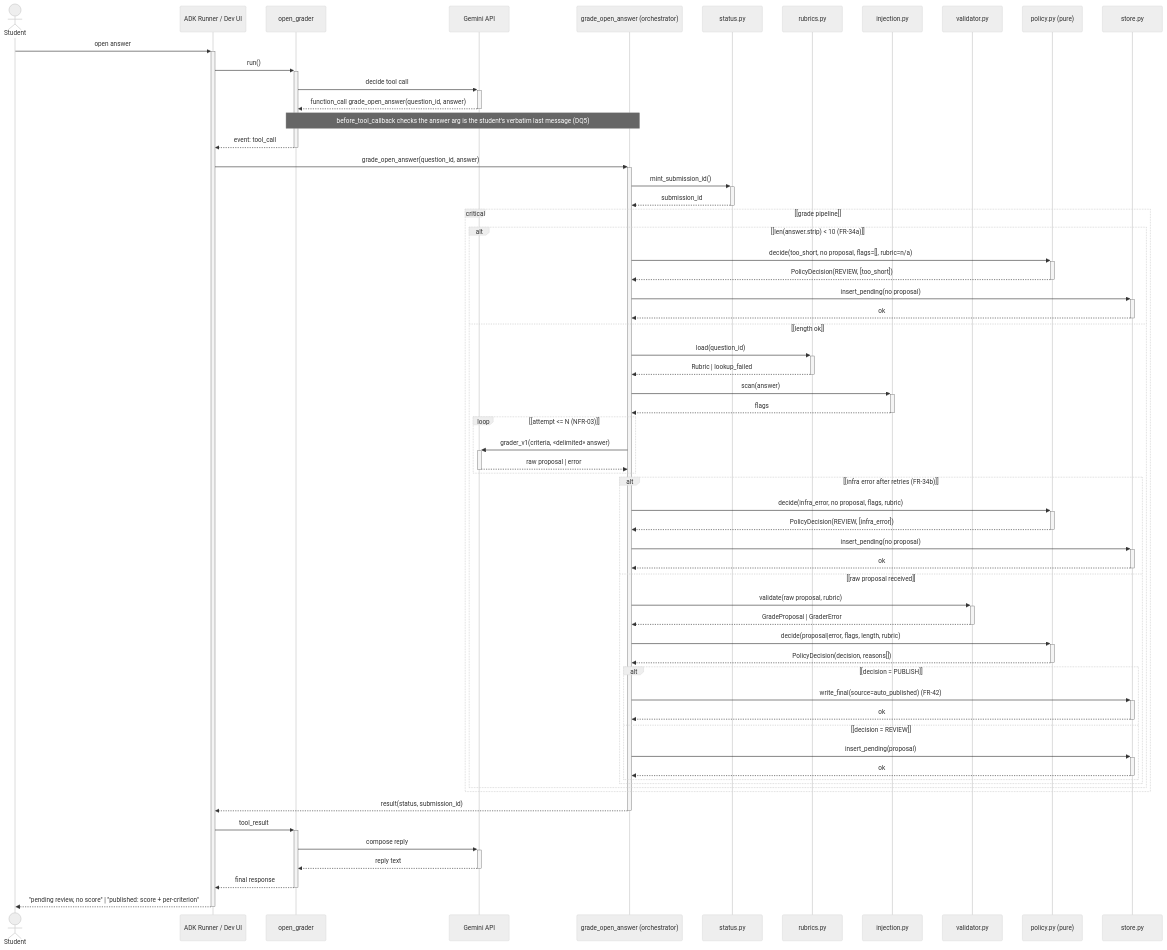
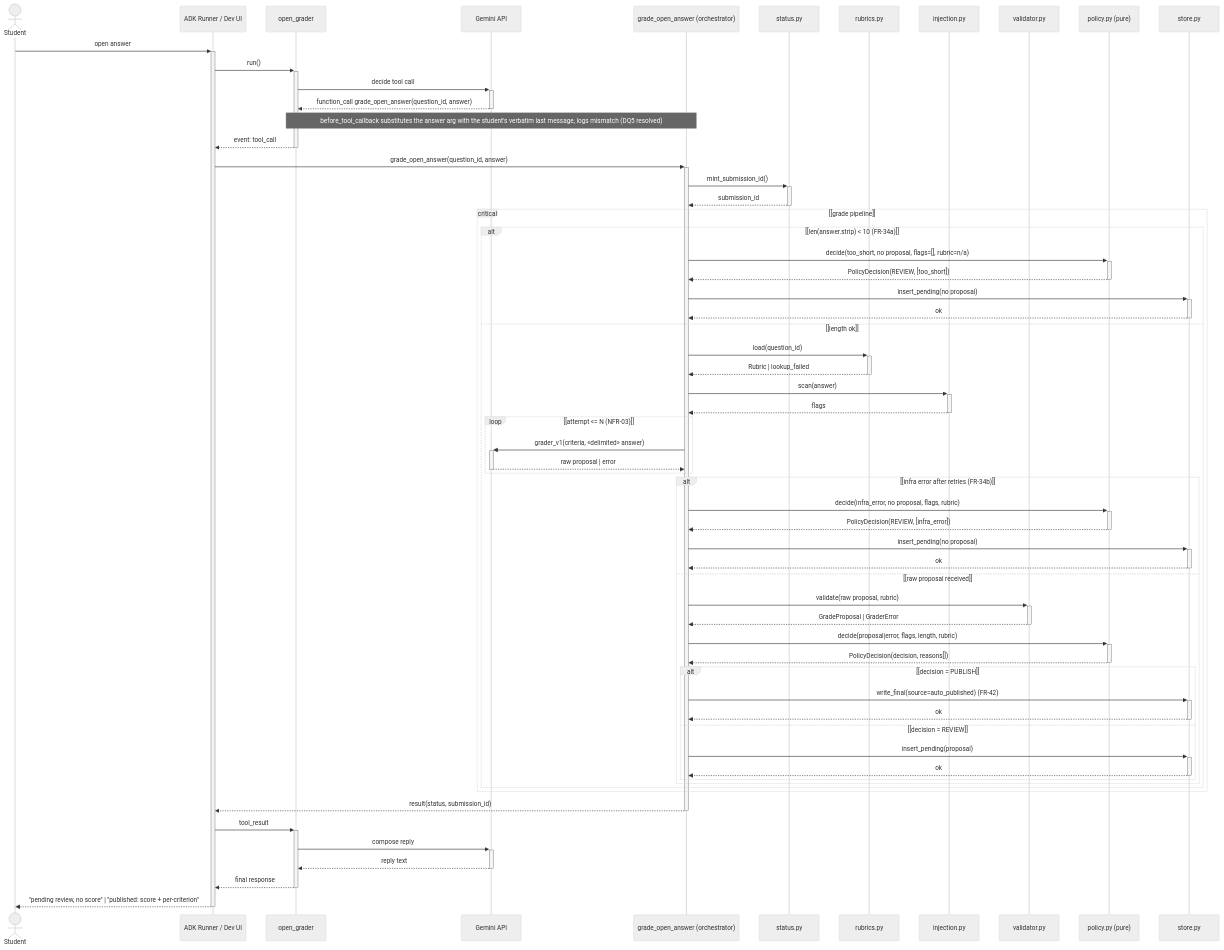
One commit to HuevaldinhosOrganization/Google-ADK changed the fifth of 10 diagrams in docs/SOLUTION_DESIGN.md. Above: the diagram before and after it, drawn with Mermaid (neutral theme). The commit also changed other lines of this file and 1 other file, not shown here.

````diff
--- a/docs/SOLUTION_DESIGN.md
+++ b/docs/SOLUTION_DESIGN.md
@@ -403,65 +405,65 @@
 ```mermaid
 sequenceDiagram
     actor Student
     participant Runner as ADK Runner / Dev UI
     participant OG as open_grader
     participant Gemini as Gemini API
     participant Grader as grade_open_answer (orchestrator)
     participant Status as status.py
     participant Rubric as rubrics.py
     participant Inj as injection.py
     participant Val as validator.py
     participant Pol as policy.py (pure)
     participant Store as store.py
 
     Student->>+Runner: open answer
     Runner->>+OG: run()
     OG->>+Gemini: decide tool call
     Gemini-->>-OG: function_call grade_open_answer(question_id, answer)
-    Note over OG,Grader: before_tool_callback checks the answer arg is the student's verbatim last message (DQ5)
+    Note over OG,Grader: before_tool_callback substitutes the answer arg with the student's verbatim last message, logs mismatch (DQ5 resolved)
     OG-->>-Runner: event: tool_call
     Runner->>+Grader: grade_open_answer(question_id, answer)
     Grader->>+Status: mint_submission_id()
     Status-->>-Grader: submission_id
     critical [grade pipeline]
         alt [len(answer.strip) < 10  (FR-34a)]
             Grader->>+Pol: decide(too_short, no proposal, flags=[], rubric=n/a)
             Pol-->>-Grader: PolicyDecision(REVIEW, [too_short])
             Grader->>+Store: insert_pending(no proposal)
             Store-->>-Grader: ok
         else [length ok]
             Grader->>+Rubric: load(question_id)
             Rubric-->>-Grader: Rubric | lookup_failed
             Grader->>+Inj: scan(answer)
             Inj-->>-Grader: flags
             loop [attempt <= N  (NFR-03)]
                 Grader->>+Gemini: grader_v1(criteria, «delimited» answer)
                 Gemini-->>-Grader: raw proposal | error
             end
             alt [infra error after retries  (FR-34b)]
                 Grader->>+Pol: decide(infra_error, no proposal, flags, rubric)
                 Pol-->>-Grader: PolicyDecision(REVIEW, [infra_error])
                 Grader->>+Store: insert_pending(no proposal)
                 Store-->>-Grader: ok
             else [raw proposal received]
                 Grader->>+Val: validate(raw proposal, rubric)
                 Val-->>-Grader: GradeProposal | GraderError
                 Grader->>+Pol: decide(proposal|error, flags, length, rubric)
                 Pol-->>-Grader: PolicyDecision(decision, reasons[])
                 alt [decision = PUBLISH]
                     Grader->>+Store: write_final(source=auto_published)  (FR-42)
                     Store-->>-Grader: ok
                 else [decision = REVIEW]
                     Grader->>+Store: insert_pending(proposal)
                     Store-->>-Grader: ok
                 end
             end
         end
     end
     Grader-->>-Runner: result(status, submission_id)
     Runner->>+OG: tool_result
     OG->>+Gemini: compose reply
     Gemini-->>-OG: reply text
     OG-->>-Runner: final response
     Runner-->>-Student: "pending review, no score" | "published: score + per-criterion"
 ```
````
